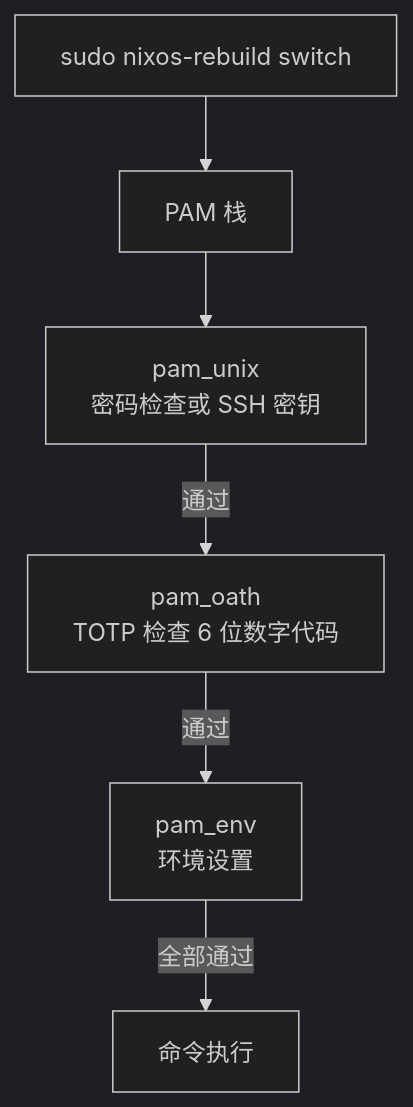
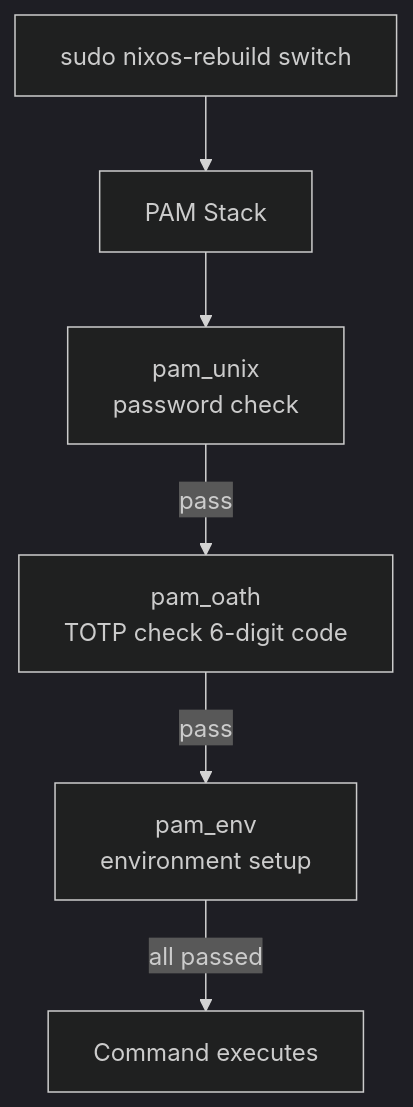
The second of 2 diagrams in i18n/zh/docusaurus-plugin-content-docs/current/06-totp-sudo-protection.md (stars-labs/self-healing-nixos-infra), drawn with Mermaid (dark theme) before and after one commit. The commit also changed other lines of this file and 15 other files, not shown here.

First line of the commit message:
Fix Mermaid parse errors in Chinese docs

````diff
--- a/i18n/zh/docusaurus-plugin-content-docs/current/06-totp-sudo-protection.md
+++ b/i18n/zh/docusaurus-plugin-content-docs/current/06-totp-sudo-protection.md
@@ -31,8 +31,8 @@
 ```mermaid
 flowchart TB
-    A[sudo nixos-rebuild switch] --> B[PAM 栈]
-    B --> C[pam_unix<br/>密码检查或 SSH 密钥]
-    C -->|通过| D[pam_oath<br/>TOTP 检查 6 位数字代码]
-    D -->|通过| E[pam_env<br/>环境设置]
-    E -->|全部通过| F[命令执行]
+    A[sudo nixos-rebuild switch] --> B[PAM Stack]
+    B --> C[pam_unix<br/>password check]
+    C -->|pass| D[pam_oath<br/>TOTP check 6-digit code]
+    D -->|pass| E[pam_env<br/>environment setup]
+    E -->|all passed| F[Command executes]
 ```
````
